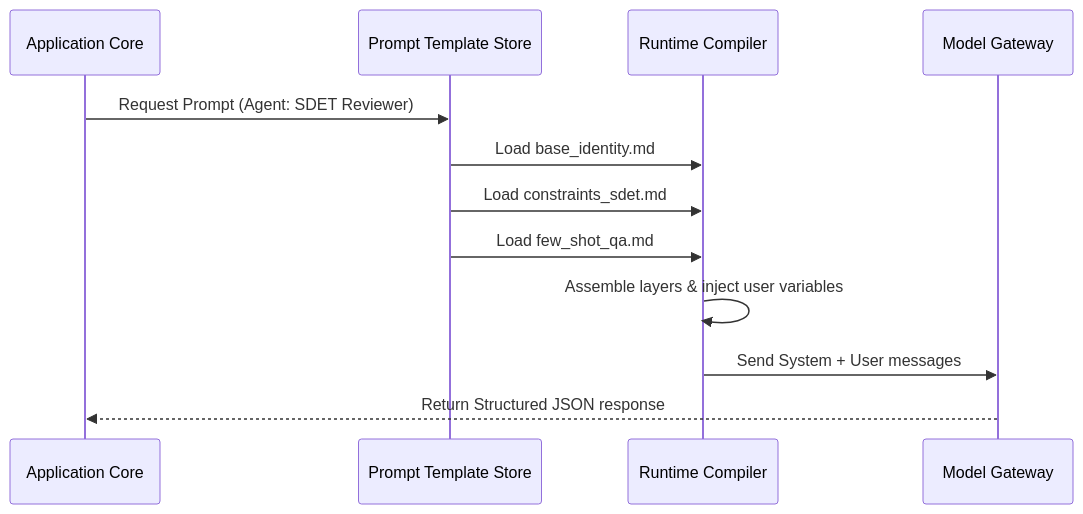
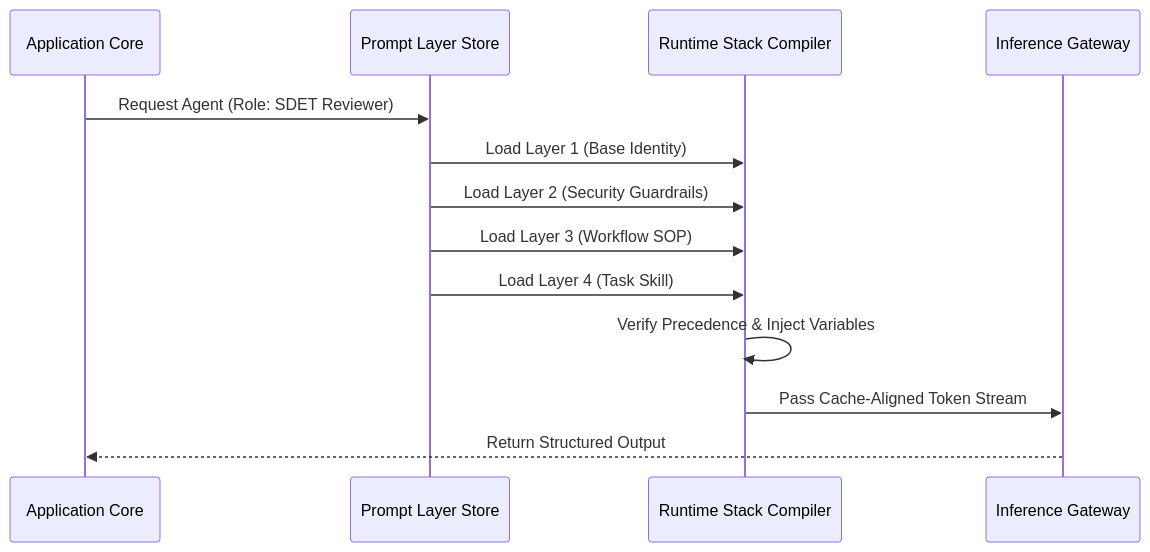
One commit to vesviet/vesviet changed the second of 2 diagrams in content/series/prompt-standard/_index.md. Above: the diagram before and after it, drawn with Mermaid. The commit also changed other lines of this file and 7 other files, not shown here.

````diff
--- a/content/series/prompt-standard/_index.md
+++ b/content/series/prompt-standard/_index.md
@@ -180,15 +115,16 @@
 ```mermaid
 sequenceDiagram
     participant App as Application Core
-    participant Store as Prompt Template Store
-    participant Compiler as Runtime Compiler
-    participant LLM as Model Gateway
+    participant Store as Prompt Layer Store
+    participant Compiler as Runtime Stack Compiler
+    participant LLM as Inference Gateway
 
-    App->>Store: Request Prompt (Agent: SDET Reviewer)
-    Store->>Compiler: Load base_identity.md
-    Store->>Compiler: Load constraints_sdet.md
-    Store->>Compiler: Load few_shot_qa.md
-    Compiler->>Compiler: Assemble layers & inject user variables
-    Compiler->>LLM: Send System + User messages
-    LLM-->>App: Return Structured JSON response
+    App->>Store: Request Agent (Role: SDET Reviewer)
+    Store->>Compiler: Load Layer 1 (Base Identity)
+    Store->>Compiler: Load Layer 2 (Security Guardrails)
+    Store->>Compiler: Load Layer 3 (Workflow SOP)
+    Store->>Compiler: Load Layer 4 (Task Skill)
+    Compiler->>Compiler: Verify Precedence & Inject Variables
+    Compiler->>LLM: Pass Cache-Aligned Token Stream
+    LLM-->>App: Return Structured Output
 ```
````
